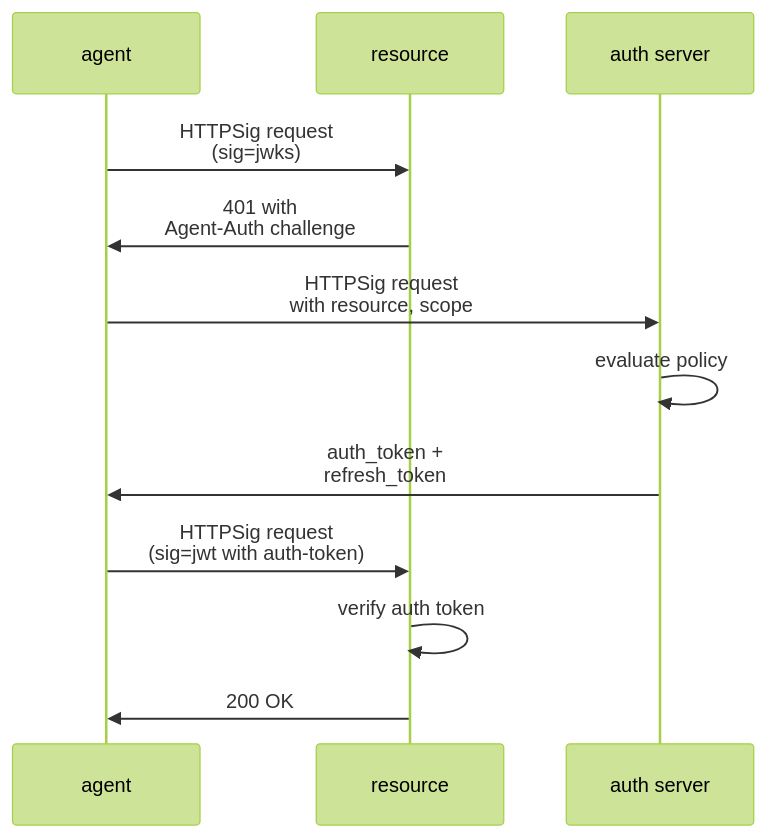
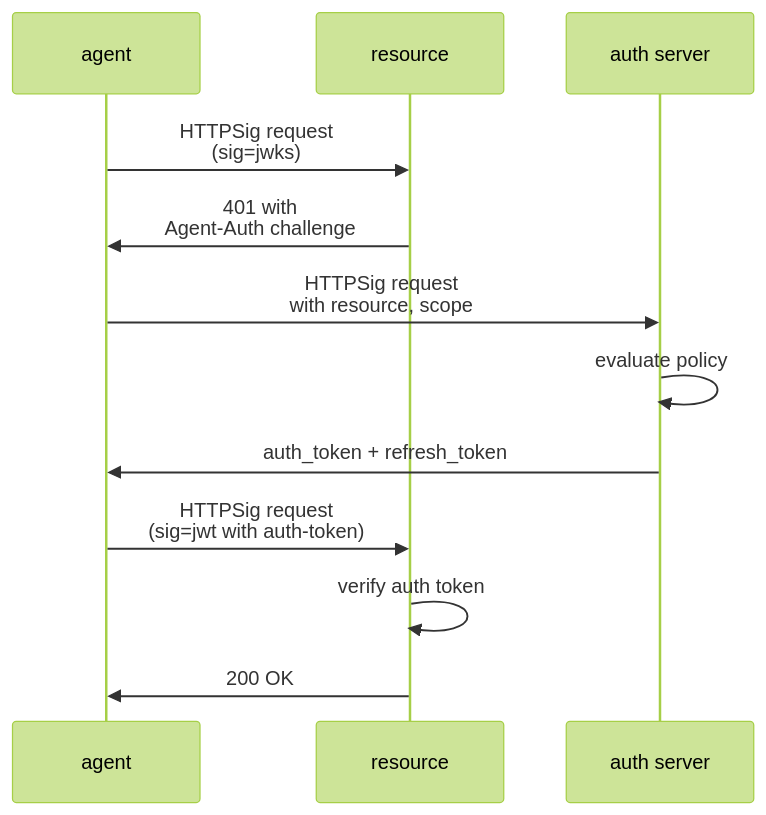
The fourth of 9 diagrams in README.md (dickhardt/agent-auth), drawn with Mermaid (forest theme) before and after one commit. The commit also changed other lines of this file, not shown here.

First line of the commit message:
Fix token exchange mechanism and clarify auth_request_url parameter

````diff
--- a/README.md
+++ b/README.md
@@ -230,17 +229,17 @@
 ```mermaid
 sequenceDiagram
     participant Agent as agent
     participant Resource as resource
     participant Auth as auth server
 
     Agent->>Resource: HTTPSig request<br/>(sig=jwks)
     Resource->>Agent: 401 with<br/>Agent-Auth challenge
 
     Agent->>Auth: HTTPSig request<br/>with resource, scope
     Auth->>Auth: evaluate policy
-    Auth->>Agent: auth_token +<br/>refresh_token
+    Auth->>Agent: auth_token + refresh_token
 
     Agent->>Resource: HTTPSig request<br/>(sig=jwt with auth-token)
     Resource->>Resource: verify auth token
     Resource->>Agent: 200 OK
 ```
````
